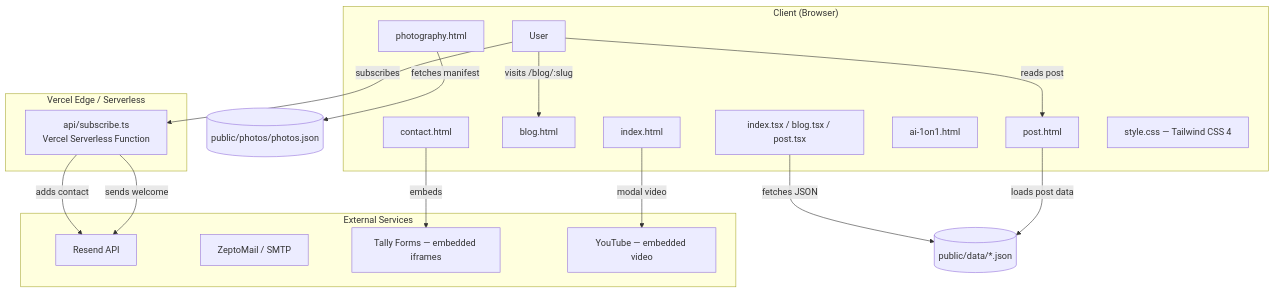
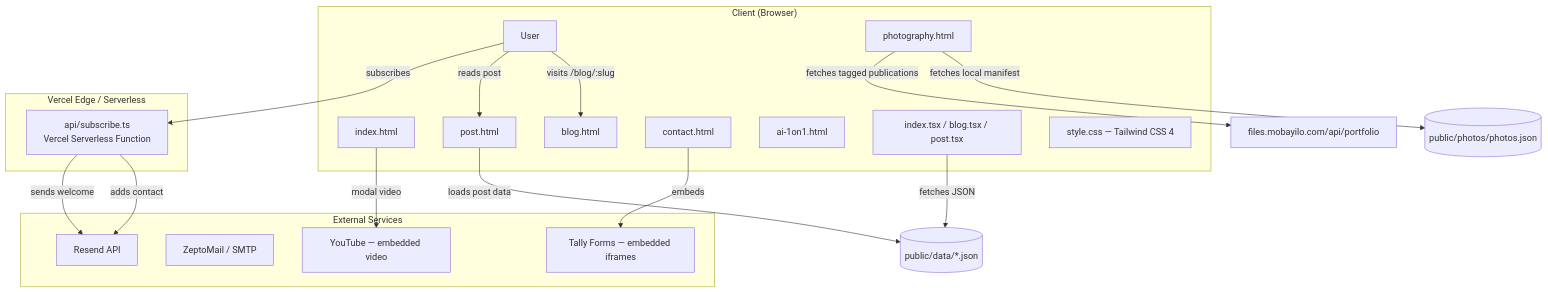
Before and after one commit to adusingi/adusingi-web: the diagram in ARCHITECTURE.md, drawn with Mermaid. The commit also changed other lines of this file and 5 other files, not shown here.

Commit message:
feat: load portfolio photos from Files (#8)

````diff
--- a/ARCHITECTURE.md
+++ b/ARCHITECTURE.md
@@ -123,36 +124,37 @@
 ```mermaid
 graph TD
     subgraph "Client (Browser)"
         U[User]
         P1[index.html]
         P2[blog.html]
         P3[post.html]
         P4[contact.html]
         P5[ai-1on1.html]
         P6[photography.html]
         JS[index.tsx / blog.tsx / post.tsx]
         CSS[style.css — Tailwind CSS 4]
     end
 
     subgraph "Vercel Edge / Serverless"
         API[api/subscribe.ts<br/>Vercel Serverless Function]
     end
 
     subgraph "External Services"
         R[Resend API]
         Z[ZeptoMail / SMTP]
         T[Tally Forms — embedded iframes]
         Y[YouTube — embedded video]
     end
 
     U -->|visits /blog/:slug| P2
     U -->|reads post| P3
     U -->|subscribes| API
     API -->|adds contact| R
     API -->|sends welcome| R
     JS -->|fetches JSON| PD[(public/data/*.json)]
     P3 -->|loads post data| PD
     P4 -->|embeds| T
     P1 -->|modal video| Y
-    P6 -->|fetches manifest| PH[(public/photos/photos.json)]
+    P6 -->|fetches local manifest| PH[(public/photos/photos.json)]
+    P6 -->|fetches tagged publications| FF[files.mobayilo.com/api/portfolio]
 ```
````
